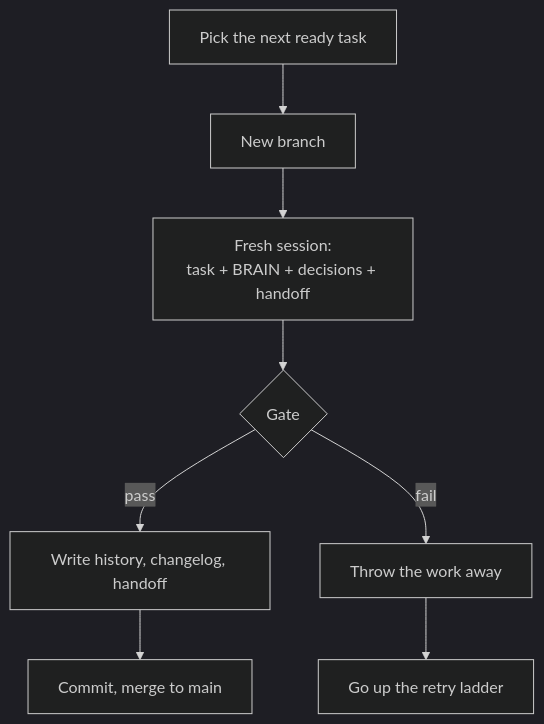
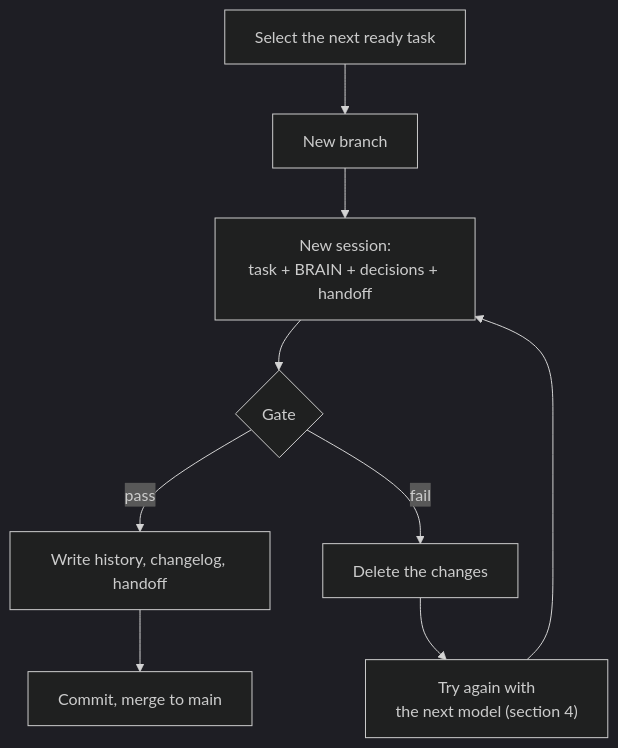
One commit to manishjnv/AutoPilot changed the second of 5 diagrams in ARCHITECTURE.md. Above: the diagram before and after it, drawn with Mermaid (dark theme). The commit also changed other lines of this file and 5 other files, not shown here.

````diff
--- a/ARCHITECTURE.md
+++ b/ARCHITECTURE.md
@@ -27,10 +33,13 @@
 ```mermaid
 flowchart TD
-    pick["Pick the next ready task"] --> branch["New branch"]
-    branch --> session["Fresh session:<br/>task + BRAIN + decisions + handoff"]
+    accTitle: Life of one task
+    accDescr: The orchestrator selects the next ready task, makes a branch and starts a new session with the task and the context files. If the gate passes, it writes the docs and merges to main. If the gate fails, it deletes the changes and tries again with the next model. See section 4.
+    pick["Select the next ready task"] --> branch["New branch"]
+    branch --> session["New session:<br/>task + BRAIN + decisions + handoff"]
     session --> gate{"Gate"}
     gate -->|pass| docs["Write history, changelog, handoff"]
     docs --> merge["Commit, merge to main"]
-    gate -->|fail| reset["Throw the work away"]
-    reset --> ladder["Go up the retry ladder"]
+    gate -->|fail| reset["Delete the changes"]
+    reset --> ladder["Try again with<br/>the next model (section 4)"]
+    ladder --> session
 ```
````
